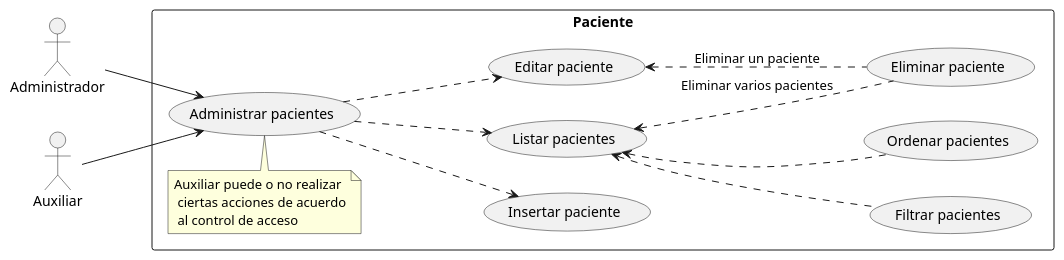
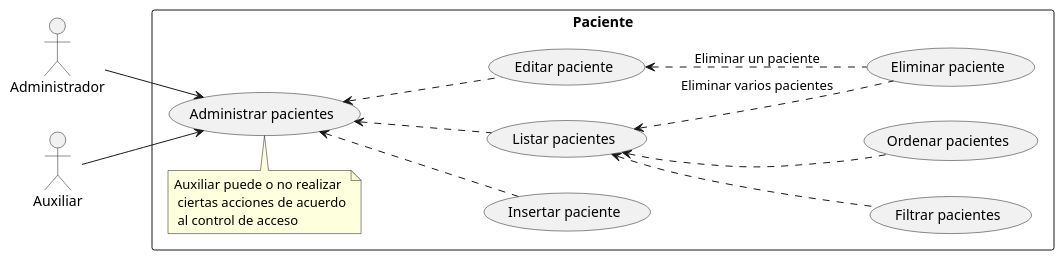
The diagram in ROOT/modules/proyecto/puml/pacientes-usecase.puml (capsi-ucp/capsi-ucp.github.io), drawn with PlantUML before and after one commit.

Commit message:
Correcciones a casos de uso de pacientes

```diff
--- a/ROOT/modules/proyecto/puml/pacientes-usecase.puml
+++ b/ROOT/modules/proyecto/puml/pacientes-usecase.puml
@@ -1,29 +1,29 @@
 @startuml
 left to right direction
 actor Administrador
 actor Auxiliar
 
 rectangle Paciente {
   usecase "Insertar paciente" as C
   usecase "Listar pacientes" as R
   usecase "Editar paciente" as U
   usecase "Eliminar paciente" as D
   usecase "Filtrar pacientes" as Searchable
   usecase "Ordenar pacientes" as Sortable
   usecase "Administrar pacientes" as CRUD
   note "Auxiliar puede o no realizar\r\n ciertas acciones de acuerdo\r\n al control de acceso" as Acl
 }
 
-CRUD --.> C
-CRUD --.> R
-CRUD --.> U
+CRUD <--. C
+CRUD <--. R
+CRUD <--. U
 
 R <.. Searchable
 R <.. Sortable
 U <.. D: "Eliminar un paciente"
 R <.. D: "Eliminar varios pacientes"
 
 Administrador --> CRUD
 Auxiliar --> CRUD
 Acl -> CRUD
 @enduml
```
